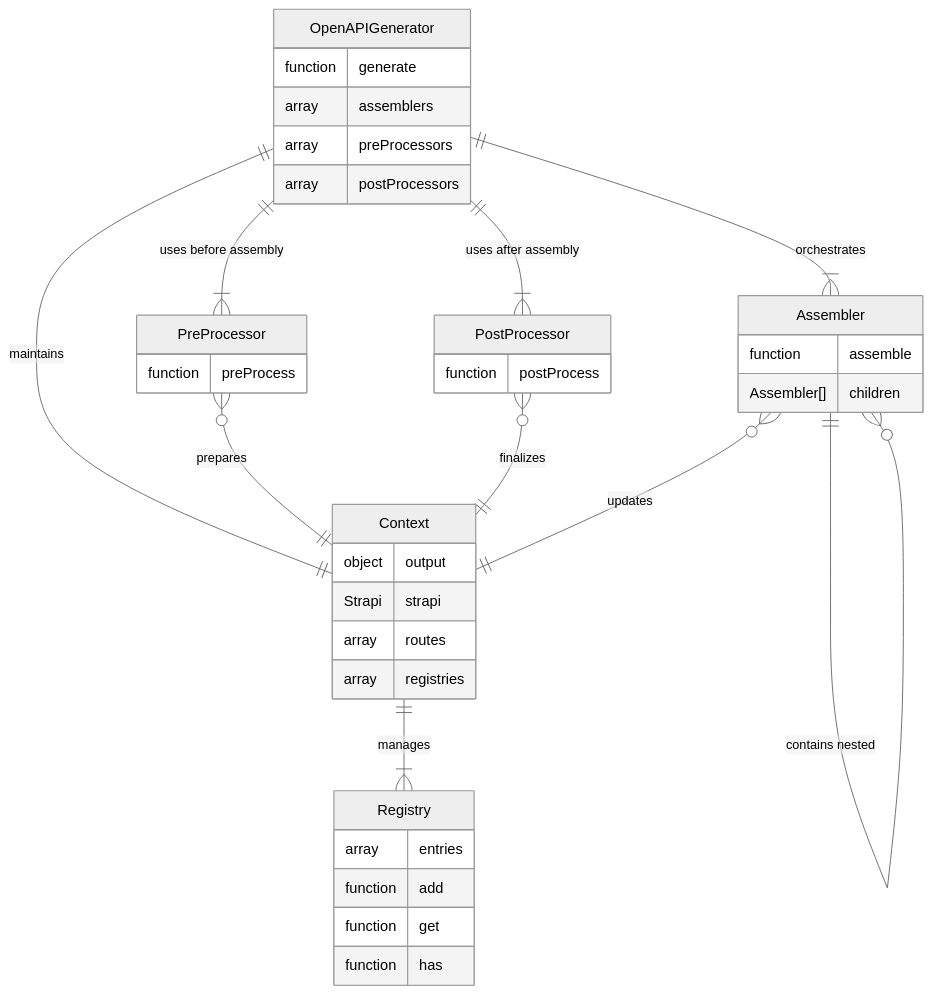
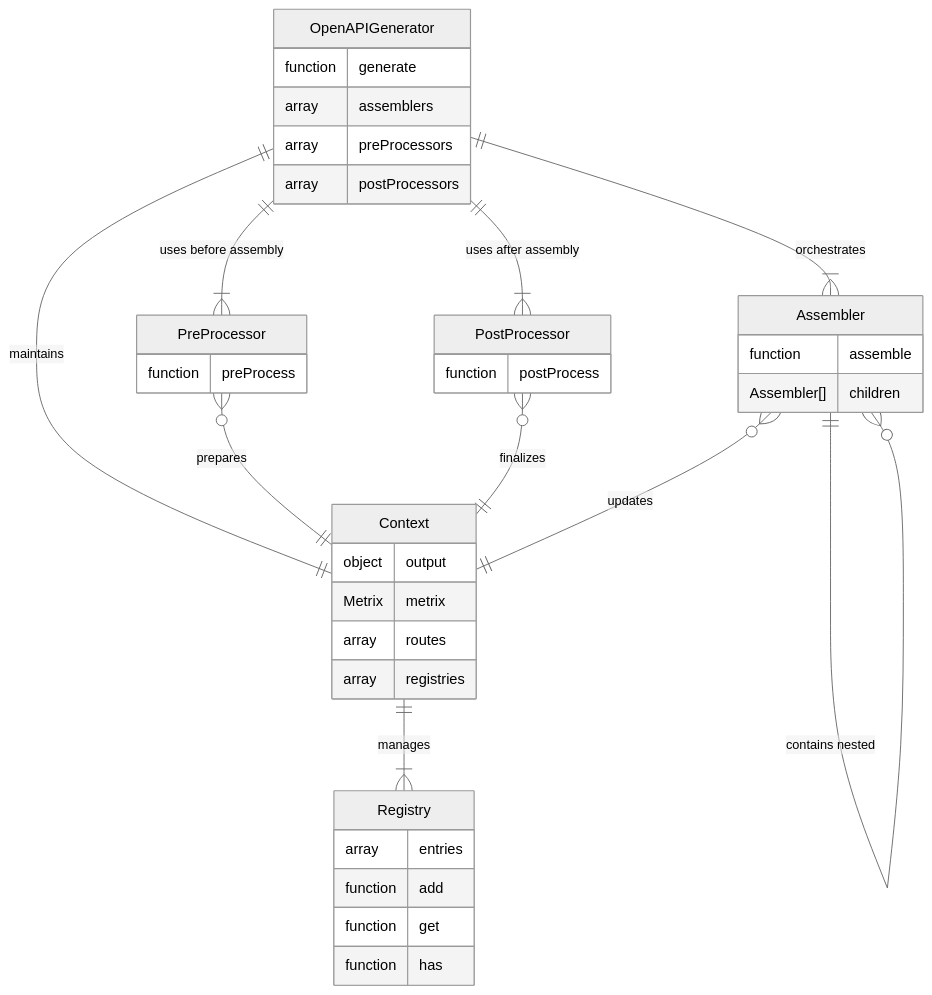
The second of 2 diagrams in docs/docs/docs/01-core/openapi/02-architecture.md (Metrix-Labs/metrix), drawn with Mermaid (neutral theme) before and after one commit. The commit also changed other lines of this file and 2872 other files, not shown here.

Commit message:
Rename Strapi → Metrix: FS moves, packages, code and docs; add codemods and rename scripts

````diff
--- a/docs/docs/docs/01-core/openapi/02-architecture.md
+++ b/docs/docs/docs/01-core/openapi/02-architecture.md
@@ -142,46 +142,46 @@
 ```mermaid
 erDiagram
   OpenAPIGenerator ||--|{ PreProcessor: "uses before assembly"
   OpenAPIGenerator ||--|{ PostProcessor: "uses after assembly"
   OpenAPIGenerator ||--|{ Assembler: orchestrates
   OpenAPIGenerator ||--|| Context: maintains
   Context ||--|{ Registry: manages
   PreProcessor }o--|| Context: "prepares"
   PostProcessor }o--|| Context: "finalizes"
   Assembler }o--|| Context: updates
   Assembler ||--o{ Assembler: "contains nested"
 
   OpenAPIGenerator {
     function generate
     array assemblers
     array preProcessors
     array postProcessors
   }
 
   PreProcessor {
     function preProcess
   }
 
   PostProcessor {
     function postProcess
   }
 
   Assembler {
     function assemble
     Assembler[] children
   }
 
   Context {
     object output
-    Strapi strapi
+    Metrix metrix
     array routes
     array registries
   }
 
   Registry {
     array entries
     function add
     function get
     function has
   }
 ```
````
